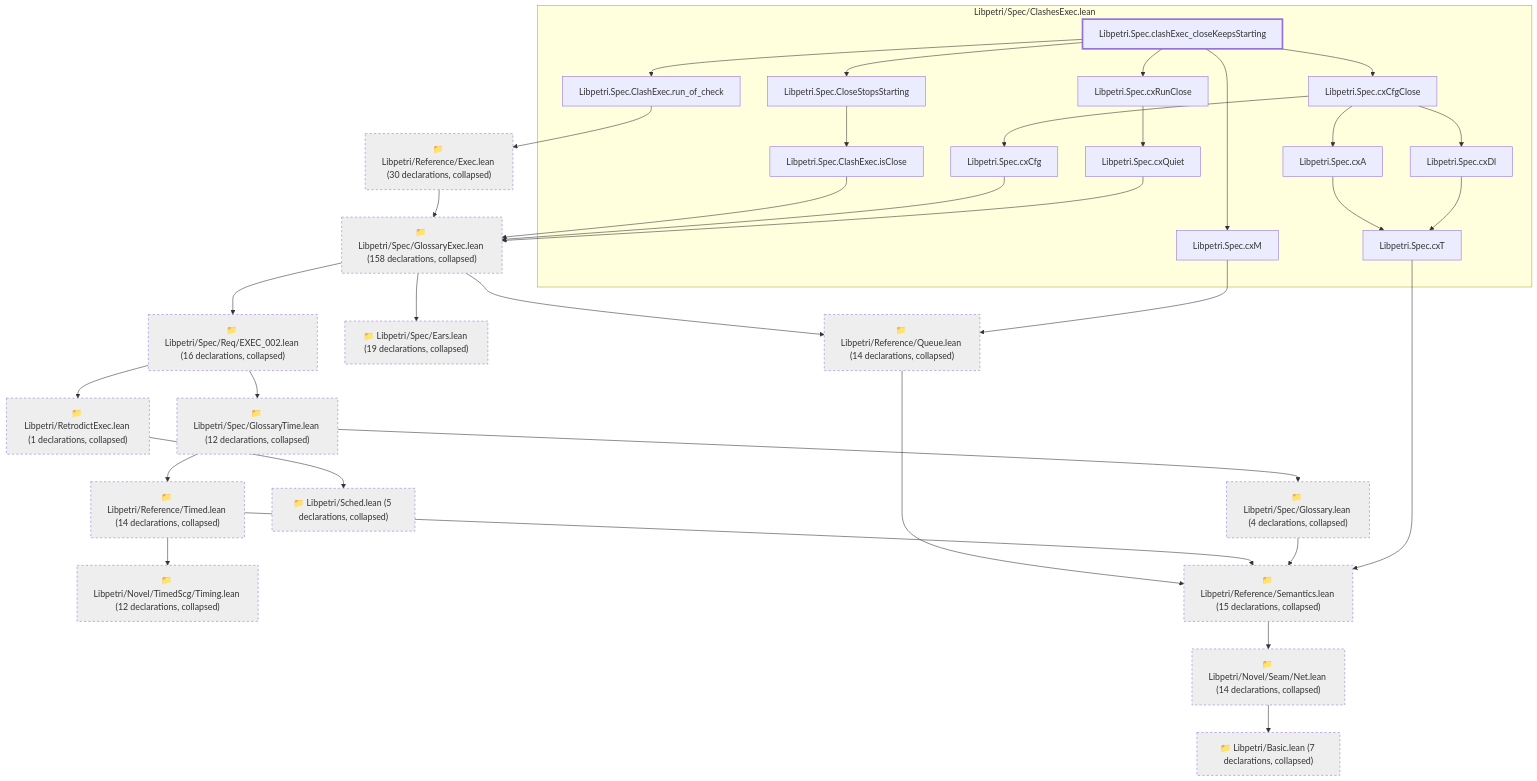
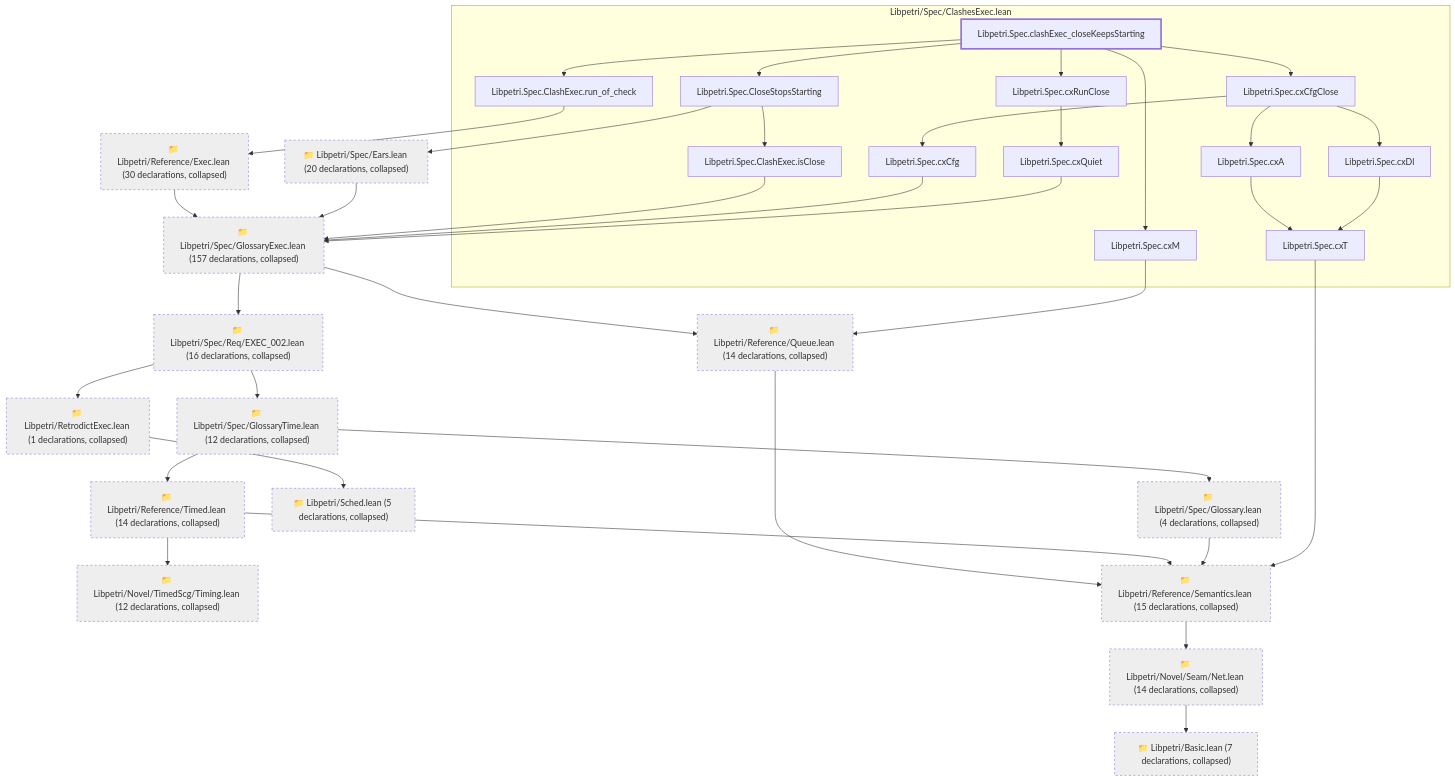
The diagram in lean/graph/requirements/ENV-013.md (debe/libpetri), drawn with Mermaid before and after one commit. The commit also changed 329 other files, not shown here.

First line of the commit message:
feat(spec): Lean requirement blocks for waves 7-11

````diff
--- a/lean/graph/requirements/ENV-013.md
+++ b/lean/graph/requirements/ENV-013.md
@@ -13,69 +13,70 @@
 ```mermaid
 flowchart TD
   subgraph g0["Libpetri/Spec/ClashesExec.lean"]
-    n4858["Libpetri.Spec.ClashExec.isClose"]
-    n4860["Libpetri.Spec.ClashExec.run_of_check"]
-    n4870["Libpetri.Spec.CloseStopsStarting"]
-    n7679["Libpetri.Spec.clashExec_closeKeepsStarting"]
-    n9143["Libpetri.Spec.cxA"]
-    n9145["Libpetri.Spec.cxCfg"]
-    n9146["Libpetri.Spec.cxCfgClose"]
-    n9151["Libpetri.Spec.cxDl"]
-    n9153["Libpetri.Spec.cxM"]
-    n9155["Libpetri.Spec.cxQuiet"]
-    n9156["Libpetri.Spec.cxRunClose"]
-    n9165["Libpetri.Spec.cxT"]
+    n5924["Libpetri.Spec.ClashExec.isClose"]
+    n5926["Libpetri.Spec.ClashExec.run_of_check"]
+    n5955["Libpetri.Spec.CloseStopsStarting"]
+    n12315["Libpetri.Spec.clashExec_closeKeepsStarting"]
+    n14016["Libpetri.Spec.cxA"]
+    n14018["Libpetri.Spec.cxCfg"]
+    n14019["Libpetri.Spec.cxCfgClose"]
+    n14024["Libpetri.Spec.cxDl"]
+    n14026["Libpetri.Spec.cxM"]
+    n14028["Libpetri.Spec.cxQuiet"]
+    n14029["Libpetri.Spec.cxRunClose"]
+    n14038["Libpetri.Spec.cxT"]
   end
   c0["📁 Libpetri/Basic.lean (7 declarations, collapsed)"]
   c54["📁 Libpetri/Novel/Seam/Net.lean (14 declarations, collapsed)"]
   c66["📁 Libpetri/Novel/TimedScg/Timing.lean (12 declarations, collapsed)"]
-  c74["📁 Libpetri/Reference/Exec.lean (30 declarations, collapsed)"]
-  c80["📁 Libpetri/Reference/Queue.lean (14 declarations, collapsed)"]
-  c83["📁 Libpetri/Reference/Semantics.lean (15 declarations, collapsed)"]
-  c87["📁 Libpetri/Reference/Timed.lean (14 declarations, collapsed)"]
-  c92["📁 Libpetri/RetrodictExec.lean (1 declarations, collapsed)"]
-  c98["📁 Libpetri/Sched.lean (5 declarations, collapsed)"]
-  c114["📁 Libpetri/Spec/Ears.lean (19 declarations, collapsed)"]
-  c115["📁 Libpetri/Spec/Glossary.lean (4 declarations, collapsed)"]
-  c120["📁 Libpetri/Spec/GlossaryExec.lean (158 declarations, collapsed)"]
-  c126["📁 Libpetri/Spec/GlossaryTime.lean (12 declarations, collapsed)"]
-  c194["📁 Libpetri/Spec/Req/EXEC_002.lean (16 declarations, collapsed)"]
+  c80["📁 Libpetri/Reference/Exec.lean (30 declarations, collapsed)"]
+  c91["📁 Libpetri/Reference/Queue.lean (14 declarations, collapsed)"]
+  c94["📁 Libpetri/Reference/Semantics.lean (15 declarations, collapsed)"]
+  c98["📁 Libpetri/Reference/Timed.lean (14 declarations, collapsed)"]
+  c103["📁 Libpetri/RetrodictExec.lean (1 declarations, collapsed)"]
+  c109["📁 Libpetri/Sched.lean (5 declarations, collapsed)"]
+  c131["📁 Libpetri/Spec/Ears.lean (20 declarations, collapsed)"]
+  c132["📁 Libpetri/Spec/Glossary.lean (4 declarations, collapsed)"]
+  c139["📁 Libpetri/Spec/GlossaryExec.lean (157 declarations, collapsed)"]
+  c146["📁 Libpetri/Spec/GlossaryTime.lean (12 declarations, collapsed)"]
+  c232["📁 Libpetri/Spec/Req/EXEC_002.lean (16 declarations, collapsed)"]
   c54 --> c0
-  c74 --> c120
-  c80 --> c83
-  c83 --> c54
-  c87 --> c66
-  c87 --> c83
-  c92 --> c98
-  c115 --> c83
-  c120 --> c80
-  c120 --> c114
-  c120 --> c194
-  c126 --> c87
-  c126 --> c115
-  c194 --> c92
-  c194 --> c126
-  n4858 --> c120
-  n4860 --> c74
-  n4870 --> n4858
-  n7679 --> n4860
-  n7679 --> n4870
-  n7679 --> n9146
-  n7679 --> n9153
-  n7679 --> n9156
-  n9143 --> n9165
-  n9145 --> c120
-  n9146 --> n9143
-  n9146 --> n9145
-  n9146 --> n9151
-  n9151 --> n9165
-  n9153 --> c80
-  n9155 --> c120
-  n9156 --> n9155
-  n9165 --> c83
+  c80 --> c139
+  c91 --> c94
+  c94 --> c54
+  c98 --> c66
+  c98 --> c94
+  c103 --> c109
+  c131 --> c139
+  c132 --> c94
+  c139 --> c91
+  c139 --> c232
+  c146 --> c98
+  c146 --> c132
+  c232 --> c103
+  c232 --> c146
+  n5924 --> c139
+  n5926 --> c80
+  n5955 --> c131
+  n5955 --> n5924
+  n12315 --> n5926
+  n12315 --> n5955
+  n12315 --> n14019
+  n12315 --> n14026
+  n12315 --> n14029
+  n14016 --> n14038
+  n14018 --> c139
+  n14019 --> n14016
+  n14019 --> n14018
+  n14019 --> n14024
+  n14024 --> n14038
+  n14026 --> c91
+  n14028 --> c139
+  n14029 --> n14028
+  n14038 --> c94
   classDef root stroke-width:3px
   classDef locked fill:#fff3cd,stroke:#b8860b
   classDef collapsed fill:#eeeeee,stroke-dasharray:4 4
-  class n7679 root
-  class c0,c54,c66,c74,c80,c83,c87,c92,c98,c114,c115,c120,c126,c194 collapsed
+  class n12315 root
+  class c0,c54,c66,c80,c91,c94,c98,c103,c109,c131,c132,c139,c146,c232 collapsed
 ```
````
